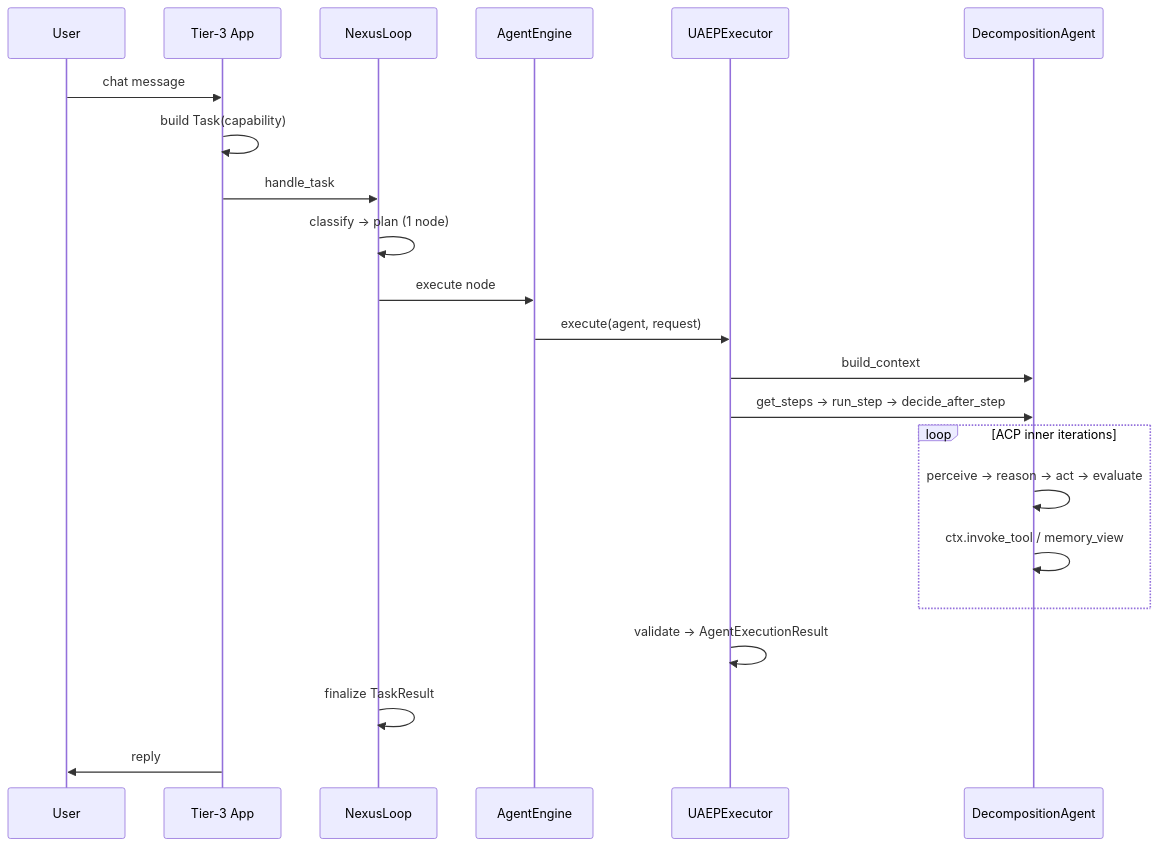
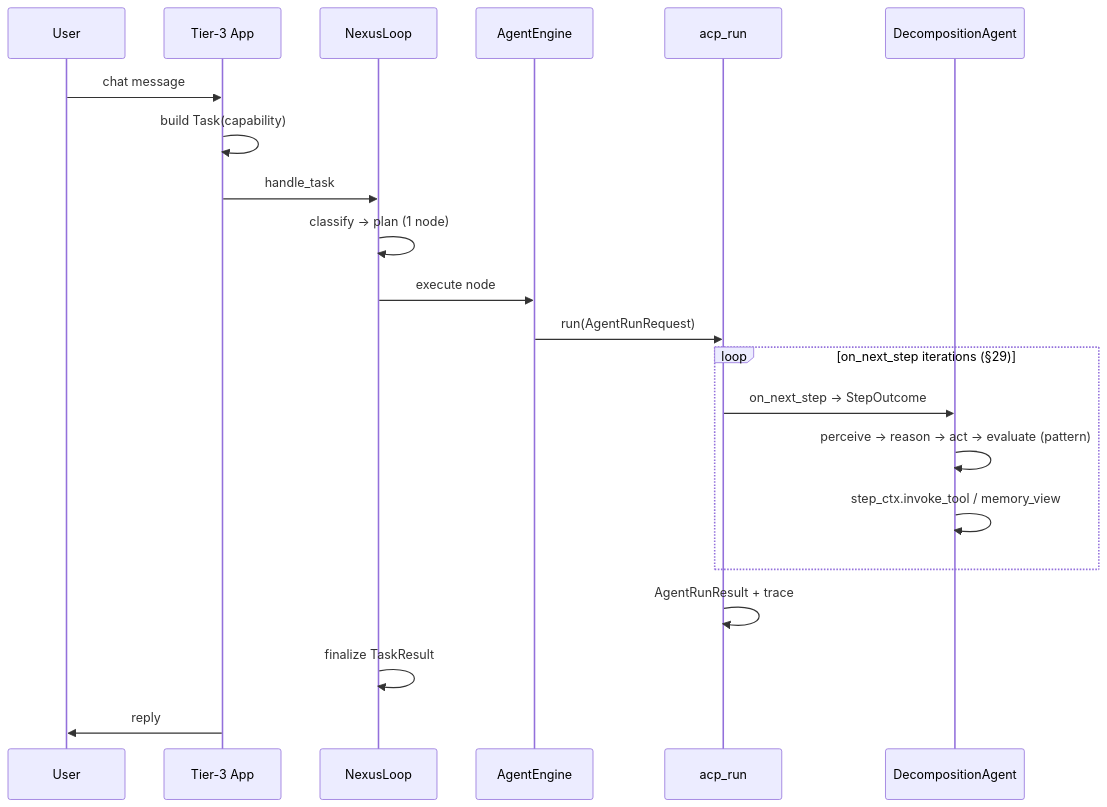
The fourth of 6 diagrams in docs/architecture/AGENT_CONTRACTS_AND_ASSEMBLY.md (jakbuczarnecki/intergrax), drawn with Mermaid before and after one commit. The commit also changed other lines of this file and 6 other files, not shown here.

````diff
--- a/docs/architecture/AGENT_CONTRACTS_AND_ASSEMBLY.md
+++ b/docs/architecture/AGENT_CONTRACTS_AND_ASSEMBLY.md
@@ -916,25 +916,24 @@
 ```mermaid
 sequenceDiagram
     participant User
     participant App as Tier-3 App
     participant NL as NexusLoop
     participant AE as AgentEngine
-    participant UAEP as UAEPExecutor
+    participant ACP as acp_run
     participant Ag as DecompositionAgent
 
     User->>App: chat message
     App->>App: build Task(capability)
     App->>NL: handle_task
     NL->>NL: classify → plan (1 node)
     NL->>AE: execute node
-    AE->>UAEP: execute(agent, request)
-    UAEP->>Ag: build_context
-    UAEP->>Ag: get_steps → run_step → decide_after_step
-    loop ACP inner iterations
-        Ag->>Ag: perceive → reason → act → evaluate
-        Ag->>Ag: ctx.invoke_tool / memory_view
+    AE->>ACP: run(AgentRunRequest)
+    loop on_next_step iterations (§29)
+        ACP->>Ag: on_next_step → StepOutcome
+        Ag->>Ag: perceive → reason → act → evaluate (pattern)
+        Ag->>Ag: step_ctx.invoke_tool / memory_view
     end
-    UAEP->>UAEP: validate → AgentExecutionResult
+    ACP->>ACP: AgentRunResult + trace
     NL->>NL: finalize TaskResult
     App->>User: reply
 ```
````
